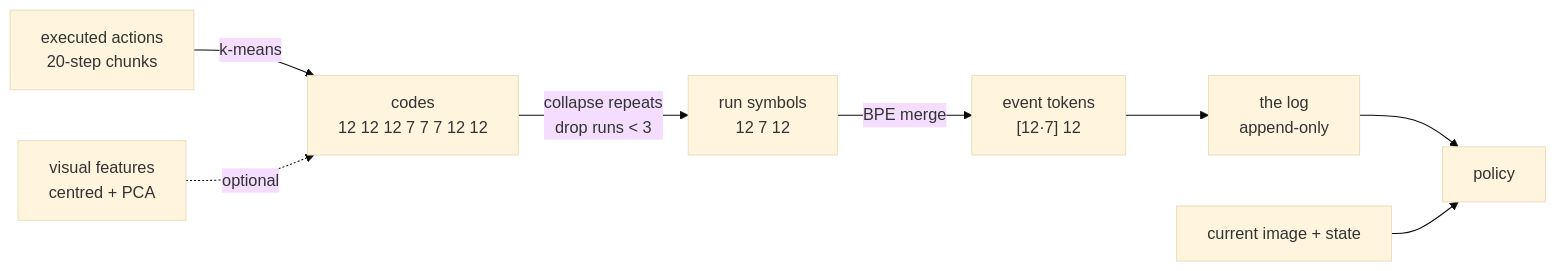
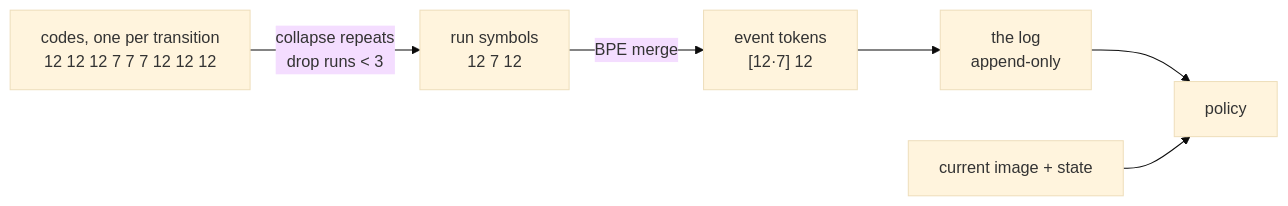
Before and after one commit to Raventhatfly/eventtok_mem: the first of 2 diagrams in docs/EVENT_TOKENIZER_PLAN.md, drawn with Mermaid (base theme). The commit also changed other lines of this file, not shown here.

First line of the commit message:
Redraw the tokenizer diagram: k-means runs on the CONCATENATED vector

````diff
--- a/docs/EVENT_TOKENIZER_PLAN.md
+++ b/docs/EVENT_TOKENIZER_PLAN.md
@@ -56,10 +95,9 @@
 ```mermaid
 flowchart LR
-  A["executed actions<br/>20-step chunks"] -->|k-means| B["codes<br/>12 12 12 7 7 7 12 12"]
-  V["visual features<br/>centred + PCA"] -.->|optional| B
+  B["codes, one per transition<br/>12 12 12 7 7 7 12 12 12"]
   B -->|collapse repeats<br/>drop runs &lt; 3| C["run symbols<br/>12 7 12"]
   C -->|BPE merge| D["event tokens<br/>&lsqb;12·7&rsqb; 12"]
   D --> E["the log<br/>append-only"]
   E --> P["policy"]
   OBS["current image + state"] --> P
 ```
````
